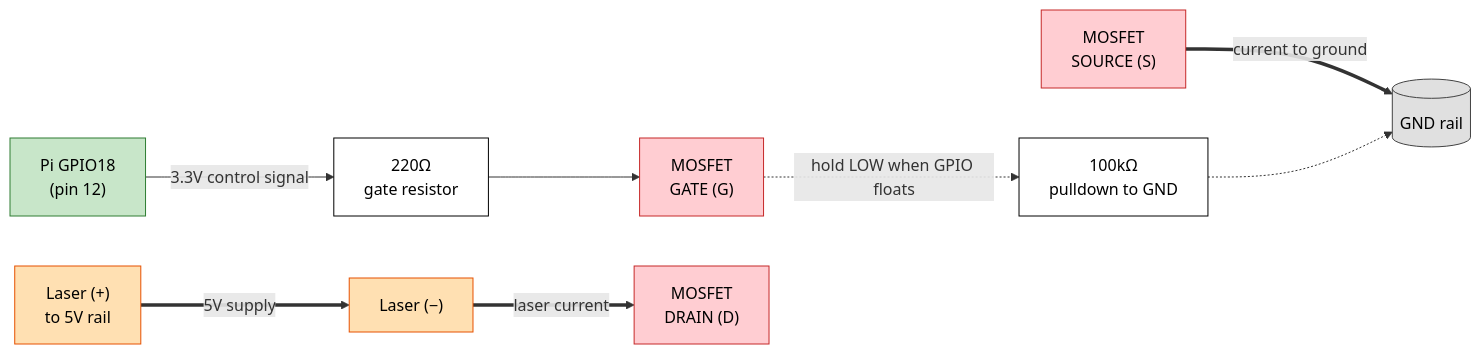
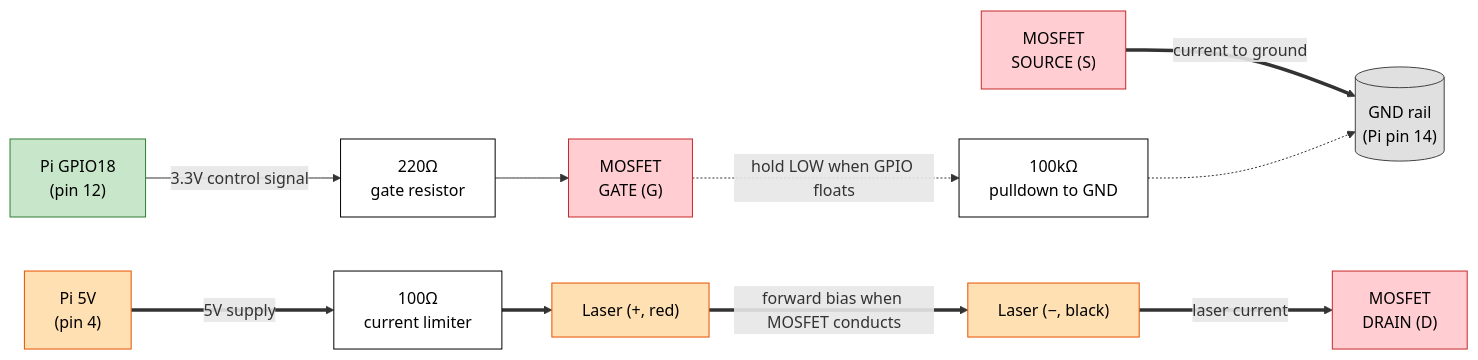
Before and after one commit to Adamzvulun/pi: the fifth of 7 diagrams in docs/circuit-diagram.md, drawn with Mermaid. The commit also changed other lines of this file and 10 other files, not shown here.

````diff
--- a/docs/circuit-diagram.md
+++ b/docs/circuit-diagram.md
@@ -198,27 +204,31 @@
 ```mermaid
 flowchart LR
     classDef pi fill:#c8e6c9,stroke:#2e7d32,color:#000
     classDef res fill:#fff,stroke:#000,color:#000
     classDef mos fill:#ffcdd2,stroke:#c62828,color:#000
     classDef power fill:#ffe0b2,stroke:#e65100,color:#000
     classDef gnd fill:#e0e0e0,stroke:#424242,color:#000
 
     Pin12["Pi GPIO18<br/>(pin 12)"]:::pi
     R220["220Ω<br/>gate resistor"]:::res
     Gate["MOSFET<br/>GATE (G)"]:::mos
     R100k["100kΩ<br/>pulldown to GND"]:::res
     Drain["MOSFET<br/>DRAIN (D)"]:::mos
     Source["MOSFET<br/>SOURCE (S)"]:::mos
-    Laser["Laser (+)<br/>to 5V rail"]:::power
-    LaserNeg["Laser (−)"]:::power
-    GND[("GND rail")]:::gnd
+    R100["100Ω<br/>current limiter"]:::res
+    Pin4["Pi 5V<br/>(pin 4)"]:::power
+    LaserPos["Laser (+, red)"]:::power
+    LaserNeg["Laser (−, black)"]:::power
+    GND[("GND rail<br/>(Pi pin 14)")]:::gnd
 
-    Laser ==>|"5V supply"| LaserNeg
+    Pin4 ==>|"5V supply"| R100
+    R100 ==> LaserPos
+    LaserPos ==>|"forward bias when MOSFET conducts"| LaserNeg
     LaserNeg ==>|"laser current"| Drain
     Source ==>|"current to ground"| GND
 
     Pin12 -->|"3.3V control signal"| R220
     R220 --> Gate
     Gate -.->|"hold LOW when GPIO floats"| R100k
     R100k -.-> GND
 ```
````
